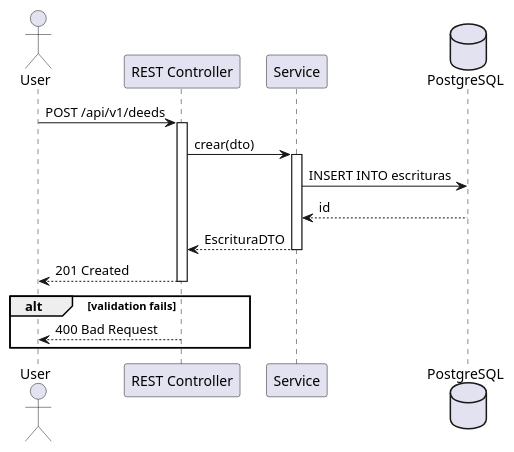
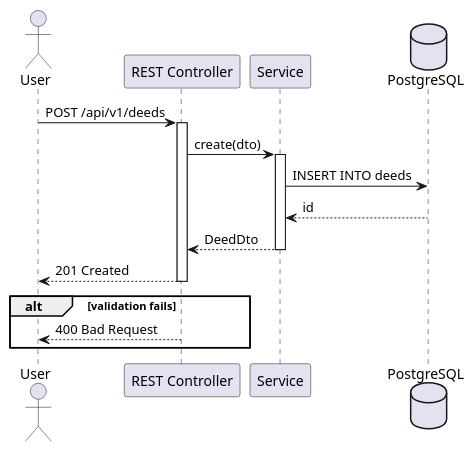
The third of 18 diagrams in .claude/skills/plantuml/references/diagram-types.md (matiaspakua/notaire), drawn with PlantUML before and after one commit. The commit also changed other lines of this file and 52 other files, not shown here.

````diff
--- a/.claude/skills/plantuml/references/diagram-types.md
+++ b/.claude/skills/plantuml/references/diagram-types.md
@@ -118,23 +118,23 @@
 ```plantuml
 @startuml
 actor User
 participant "REST Controller" as C
 participant "Service" as S
 database "PostgreSQL" as DB
 
 User -> C: POST /api/v1/deeds
 activate C
-C -> S: crear(dto)
+C -> S: create(dto)
 activate S
-S -> DB: INSERT INTO escrituras
+S -> DB: INSERT INTO deeds
 DB --> S: id
-S --> C: EscrituraDTO
+S --> C: DeedDto
 deactivate S
 C --> User: 201 Created
 deactivate C
 
 alt validation fails
   C --> User: 400 Bad Request
 end
 @enduml
 ```
````
